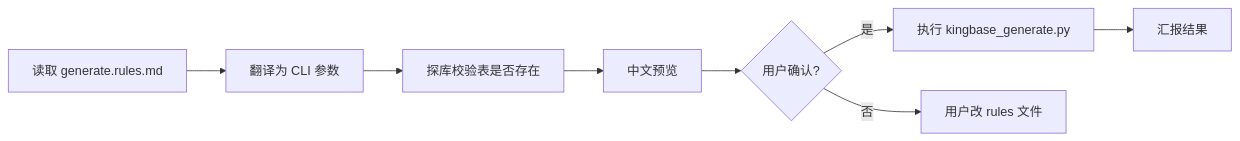
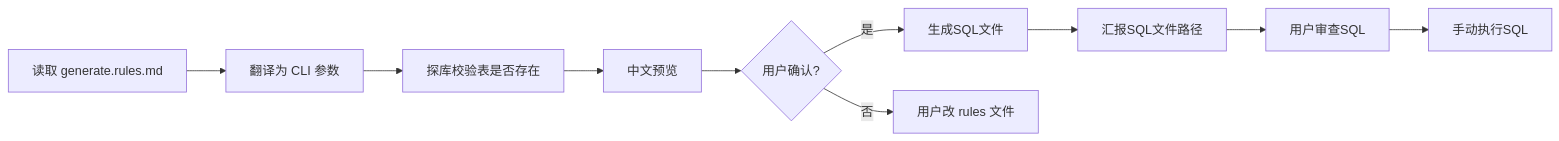
The first of 2 diagrams in docs/SPEC.md (ooo176/kingbase-skill), drawn with Mermaid before and after one commit. The commit also changed other lines of this file and 2 other files, not shown here.

````diff
--- a/docs/SPEC.md
+++ b/docs/SPEC.md
@@ -153,10 +153,12 @@
 ```mermaid
 flowchart LR
   rulesFile[读取 generate.rules.md] --> agentParse[翻译为 CLI 参数]
   agentParse --> probe[探库校验表是否存在]
   probe --> preview[中文预览]
   preview --> userOk{用户确认?}
-  userOk -->|是| runCLI[执行 kingbase_generate.py]
+  userOk -->|是| runCLI[生成SQL文件]
   userOk -->|否| editRules[用户改 rules 文件]
-  runCLI --> report[汇报结果]
+  runCLI --> report[汇报SQL文件路径]
+  report --> userReview[用户审查SQL]
+  userReview --> execute[手动执行SQL]
 ```
````
